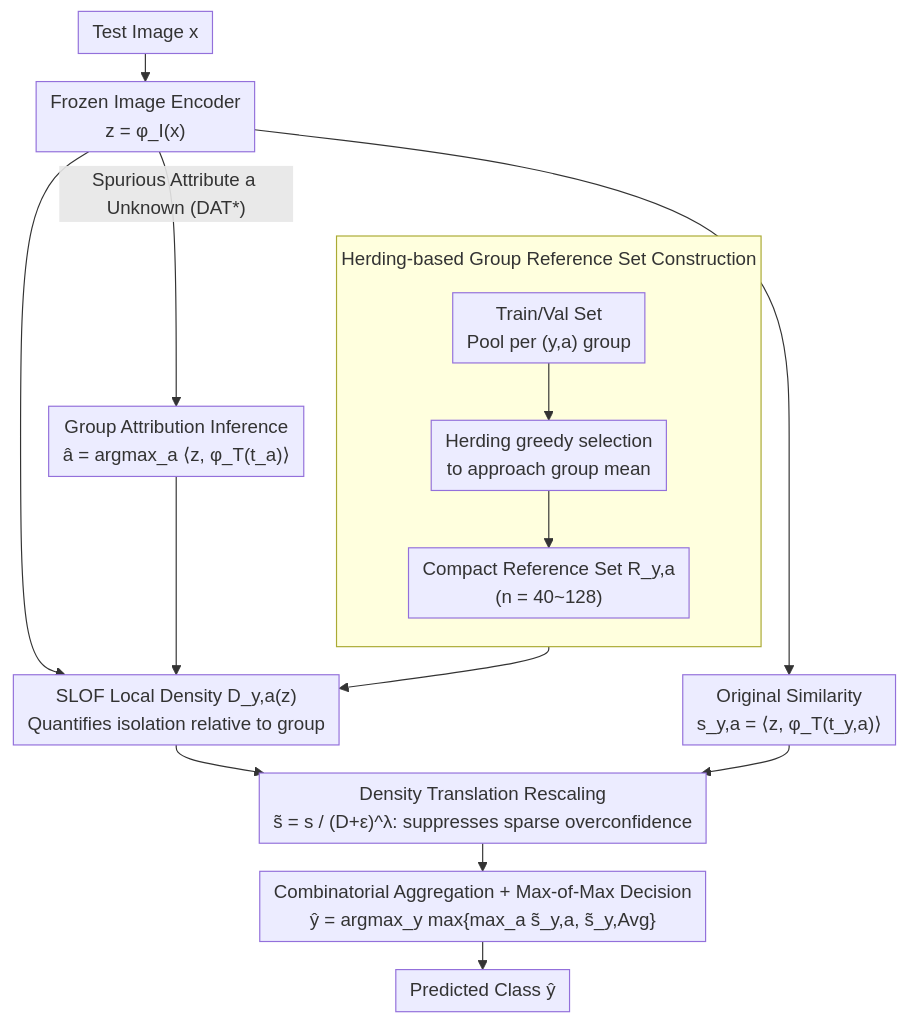
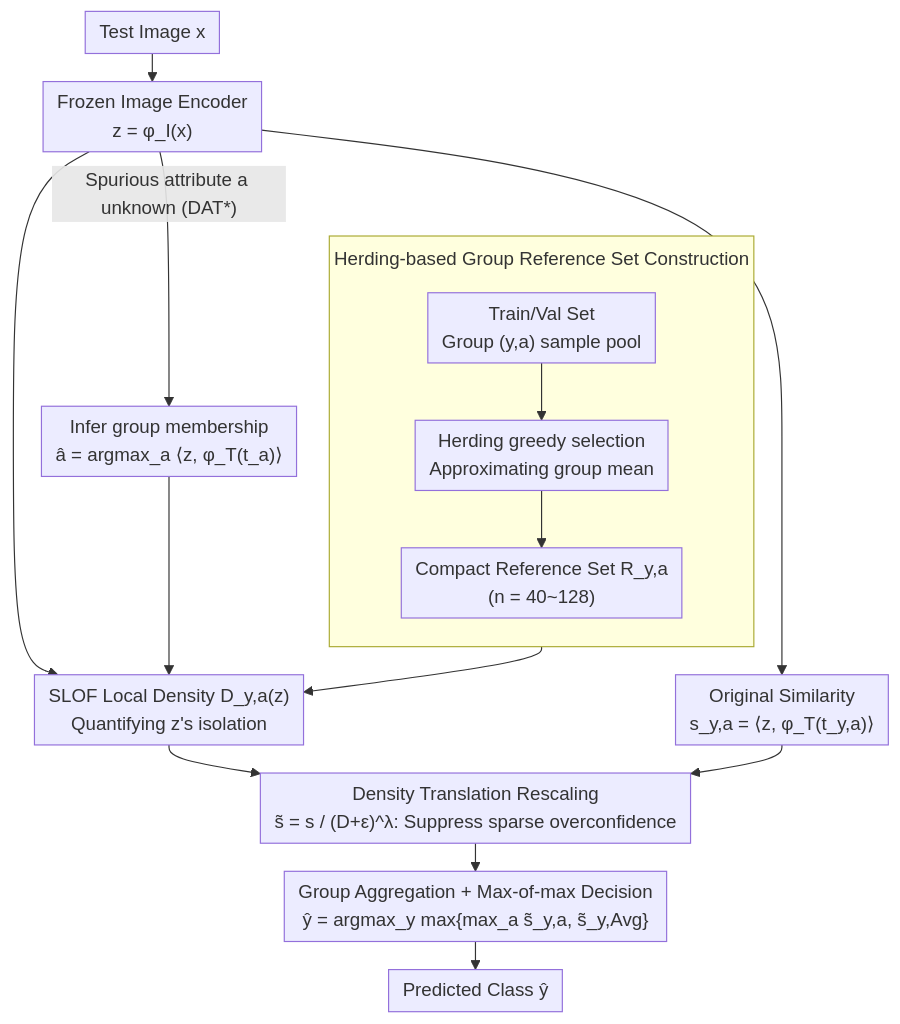
The diagram in docs/ICML2026/multimodal_vlm/density-aware_translation_of_spurious_correlations_in_zero-shot_vlms.md (zhaoyang97/Paper-Notes-en), drawn with Mermaid before and after one commit. The commit also changed other lines of this file and 5084 other files, not shown here.

````diff
--- a/docs/ICML2026/multimodal_vlm/density-aware_translation_of_spurious_correlations_in_zero-shot_vlms.md
+++ b/docs/ICML2026/multimodal_vlm/density-aware_translation_of_spurious_correlations_in_zero-shot_vlms.md
@@ -42,19 +42,19 @@
 ```mermaid
 %%{init: {'flowchart': {'rankSpacing': 24, 'nodeSpacing': 28, 'padding': 6, 'wrappingWidth': 400, 'subGraphTitleMargin': {'top': 8, 'bottom': 16}}}}%%
 flowchart TD
     subgraph REF["Herding-based Group Reference Set Construction"]
         direction TB
-        TR["Train/Val Set<br/>Pool per (y,a) group"] --> HERD["Herding greedy selection<br/>to approach group mean"]
+        TR["Train/Val Set<br/>Group (y,a) sample pool"] --> HERD["Herding greedy selection<br/>Approximating group mean"]
         HERD --> RSET["Compact Reference Set R_y,a<br/>(n = 40~128)"]
     end
     X["Test Image x"] --> ENC["Frozen Image Encoder<br/>z = φ_I(x)"]
-    ENC -->|"Spurious Attribute a Unknown (DAT*)"| AHAT["Group Attribution Inference<br/>â = argmax_a ⟨z, φ_T(t_a)⟩"]
+    ENC -->|"Spurious attribute a unknown (DAT*)"| AHAT["Infer group membership<br/>â = argmax_a ⟨z, φ_T(t_a)⟩"]
     ENC --> SIM["Original Similarity<br/>s_y,a = ⟨z, φ_T(t_y,a)⟩"]
-    ENC --> SLOF["SLOF Local Density D_y,a(z)<br/>Quantifies isolation relative to group"]
+    ENC --> SLOF["SLOF Local Density D_y,a(z)<br/>Quantifying z's isolation"]
     RSET --> SLOF
     AHAT --> SLOF
-    SLOF --> DT["Density Translation Rescaling<br/>s̃ = s / (D+ε)^λ: suppresses sparse overconfidence"]
+    SLOF --> DT["Density Translation Rescaling<br/>s̃ = s / (D+ε)^λ: Suppress sparse overconfidence"]
     SIM --> DT
-    DT --> AGG["Combinatorial Aggregation + Max-of-Max Decision<br/>ŷ = argmax_y max{max_a s̃_y,a, s̃_y,Avg}"]
+    DT --> AGG["Group Aggregation + Max-of-max Decision<br/>ŷ = argmax_y max{max_a s̃_y,a, s̃_y,Avg}"]
     AGG --> OUT["Predicted Class ŷ"]
 ```
````
